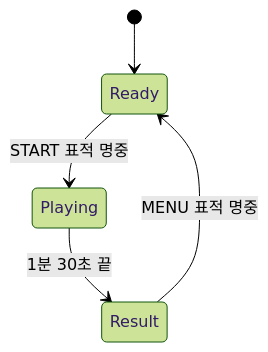
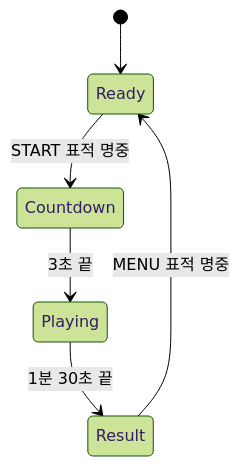
Before and after one commit to KooHoo-Dev/3rd-xr-project-rlawlsdn77: the second of 2 diagrams in Assets/QuickDraw/Dev_Design.md, drawn with Mermaid (forest theme). The commit also changed other lines of this file and 3 other files, not shown here.

````diff
--- a/Assets/QuickDraw/Dev_Design.md
+++ b/Assets/QuickDraw/Dev_Design.md
@@ -116,7 +118,8 @@
 ```mermaid
 stateDiagram-v2
     [*] --> Ready
-    Ready --> Playing: START 표적 명중
+    Ready --> Countdown: START 표적 명중
+    Countdown --> Playing: 3초 끝
     Playing --> Result: 1분 30초 끝
     Result --> Ready: MENU 표적 명중
 ```
````
